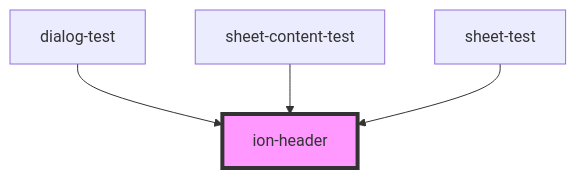
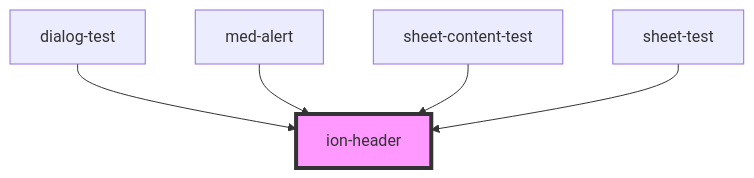
One commit to MEDGRUPOGIT/ionic-framework-1 changed the diagram in core/src/components/header/readme.md. Above: the diagram before and after it, drawn with Mermaid. The commit also changed other lines of this file and 13 other files, not shown here.

````diff
--- a/core/src/components/header/readme.md
+++ b/core/src/components/header/readme.md
@@ -208,7 +209,8 @@
 ```mermaid
 graph TD;
   dialog-test --> ion-header
+  med-alert --> ion-header
   sheet-content-test --> ion-header
   sheet-test --> ion-header
   style ion-header fill:#f9f,stroke:#333,stroke-width:4px
 ```
````
